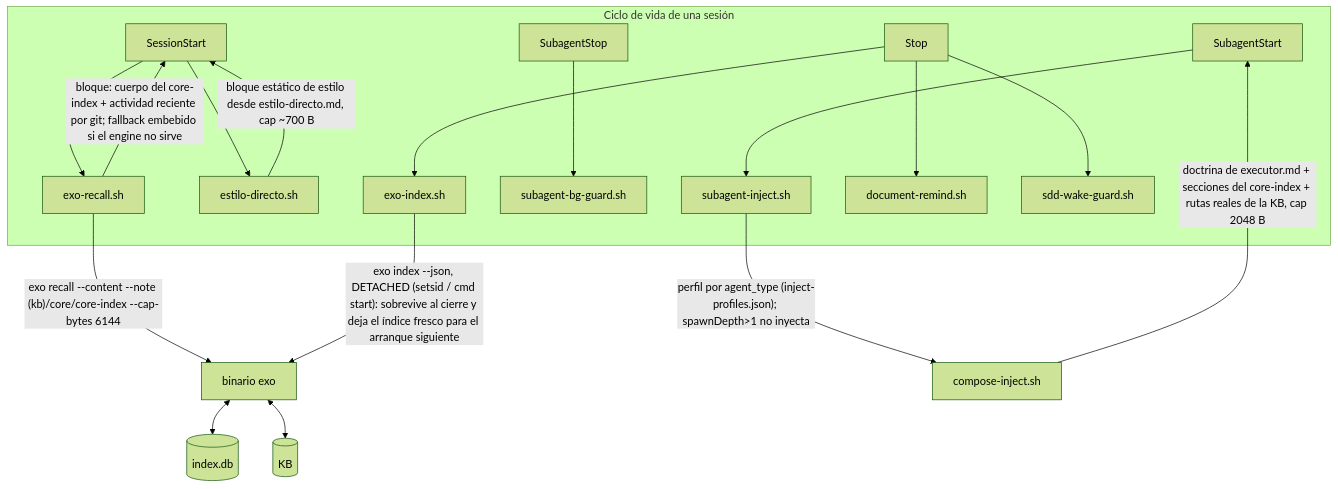
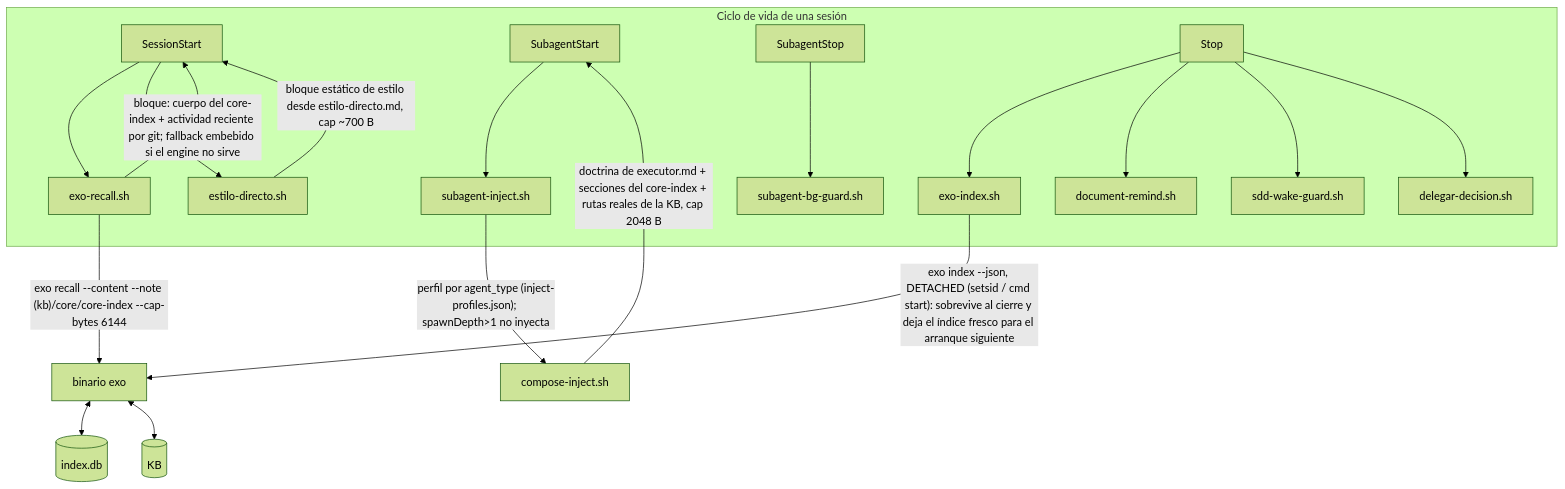
Before and after one commit to pguerrerolinares/exo: the fourth of 4 diagrams in docs/arquitectura.md, drawn with Mermaid (forest theme). The commit also changed other lines of this file and 5 other files, not shown here.

First line of the commit message:
feat(plugin): cablea delegar-decision en Stop y sube a 1.26.0

````diff
--- a/docs/arquitectura.md
+++ b/docs/arquitectura.md
@@ -417,21 +417,21 @@
 ```mermaid
 flowchart TD
     subgraph sesion["Ciclo de vida de una sesión"]
         SS["SessionStart"] --> ERS["exo-recall.sh"]
         SS --> EDS["estilo-directo.sh"]
         SA["SubagentStart"] --> SIS["subagent-inject.sh"]
         SS2["SubagentStop"] --> SBG["subagent-bg-guard.sh"]
-        ST["Stop"] --> EIS["exo-index.sh"] & DRS["document-remind.sh"] & SWG["sdd-wake-guard.sh"]
+        ST["Stop"] --> EIS["exo-index.sh"] & DRS["document-remind.sh"] & SWG["sdd-wake-guard.sh"] & DDC["delegar-decision.sh"]
     end
 
     ERS -->|"exo recall --content --note (kb)/core/core-index --cap-bytes 6144"| ENG["binario exo"]
     ERS -->|"bloque: cuerpo del core-index + actividad reciente por git; fallback embebido si el engine no sirve"| SS
     EDS -->|"bloque estático de estilo desde estilo-directo.md, cap ~700 B"| SS
 
     SIS -->|"perfil por agent_type (inject-profiles.json); spawnDepth>1 no inyecta"| CIS["compose-inject.sh"]
     CIS -->|"doctrina de executor.md + secciones del core-index + rutas reales de la KB, cap 2048 B"| SA
 
     EIS -->|"exo index --json, DETACHED (setsid / cmd start): sobrevive al cierre y deja el índice fresco para el arranque siguiente"| ENG
     ENG <--> DB[("index.db")]
     ENG <--> KB[("KB")]
 ```
````
